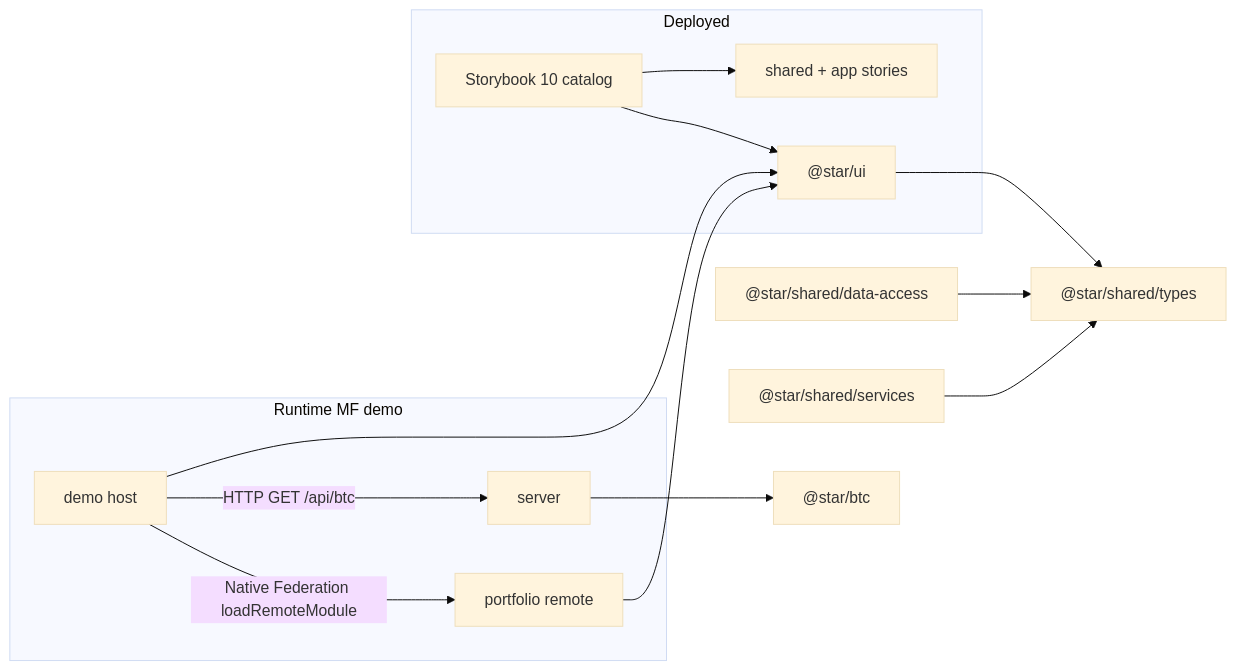
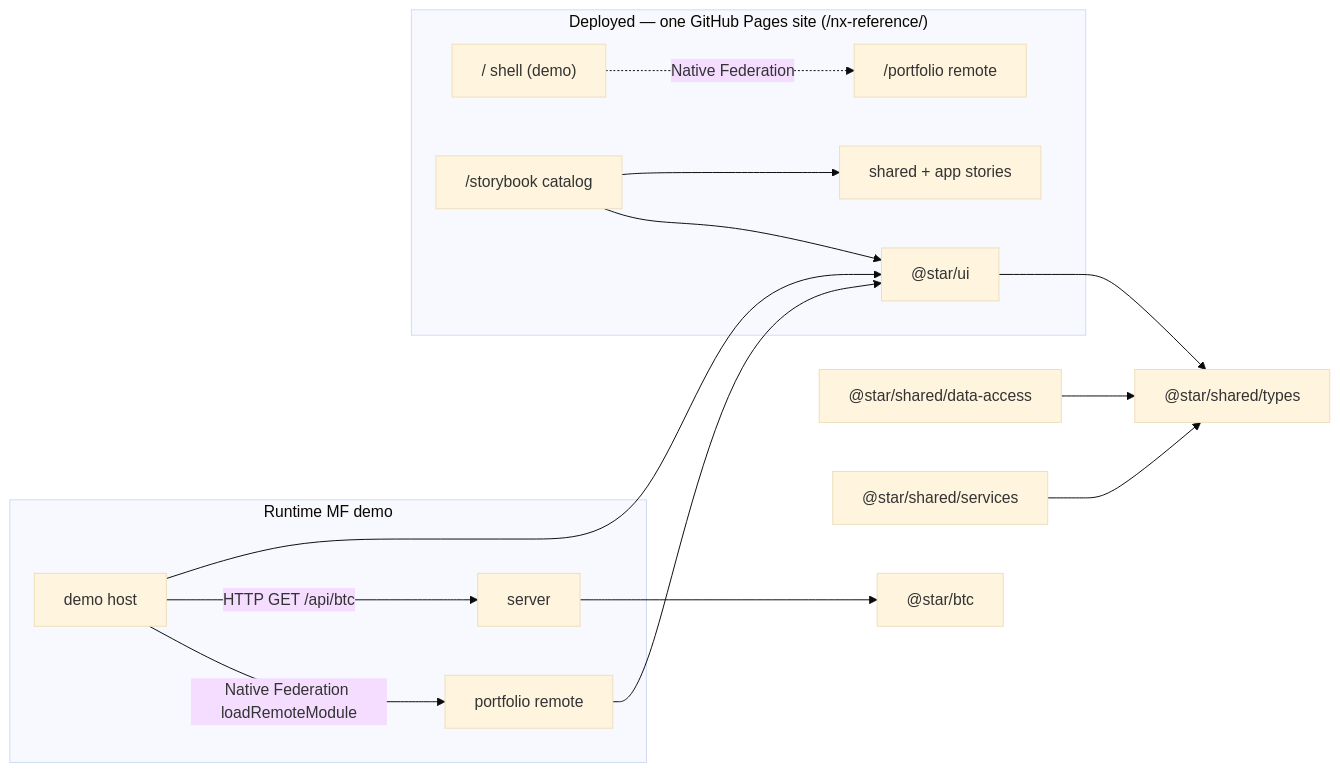
One commit to code-star/nx-reference changed the diagram in docs/architecture/overview.md. Above: the diagram before and after it, drawn with Mermaid (base theme). The commit also changed other lines of this file and 14 other files, not shown here.

Commit message:
feat: deploy multiple apps on one github pages instance

````diff
--- a/docs/architecture/overview.md
+++ b/docs/architecture/overview.md
@@ -37,17 +37,18 @@
 ```mermaid
 flowchart LR
     subgraph Runtime MF demo
       Demo[demo host] -- Native Federation loadRemoteModule --> Portfolio[portfolio remote]
       Demo -- HTTP GET /api/btc --> Server[server]
     end
     Demo --> UI["@star/ui"]
     Portfolio --> UI
     UI --> Types["@star/shared/types"]
     DataAccess["@star/shared/data-access"] --> Types
     Services["@star/shared/services"] --> Types
     Server --> Btc["@star/btc"]
-    subgraph Deployed
-      SB[Storybook 10 catalog] --> UI
+    subgraph Deployed["Deployed — one GitHub Pages site (/nx-reference/)"]
+      Shell["/ shell (demo)"] -. Native Federation .-> Remote["/portfolio remote"]
+      SB["/storybook catalog"] --> UI
       SB --> Stories[shared + app stories]
     end
 ```
````
